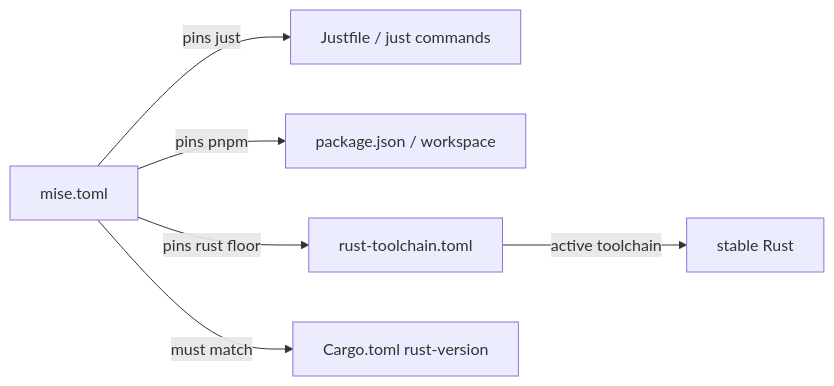
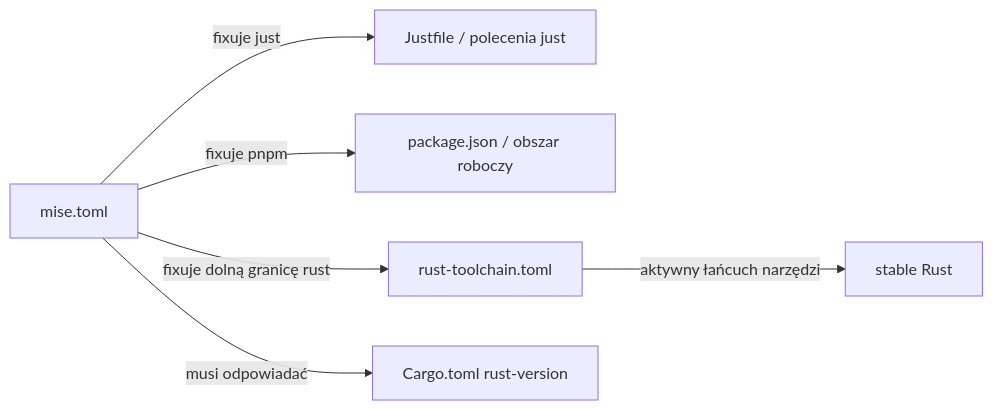
Before and after one commit to leszek3737/librefang-WIki: the diagram in root-mise-toml.md, drawn with Mermaid. The commit also changed other lines of this file and 104 other files, not shown here.

````diff
--- a/root-mise-toml.md
+++ b/root-mise-toml.md
@@ -38,8 +38,8 @@
 ```mermaid
 graph LR
-    A[mise.toml] -->|pins just| B[Justfile / just commands]
-    A -->|pins pnpm| C[package.json / workspace]
-    A -->|pins rust floor| D[rust-toolchain.toml]
-    D -->|active toolchain| E[stable Rust]
-    A -->|must match| F[Cargo.toml rust-version]
+    A[mise.toml] -->|fixuje just| B[Justfile / polecenia just]
+    A -->|fixuje pnpm| C[package.json / obszar roboczy]
+    A -->|fixuje dolną granicę rust| D[rust-toolchain.toml]
+    D -->|aktywny łańcuch narzędzi| E[stable Rust]
+    A -->|musi odpowiadać| F[Cargo.toml rust-version]
 ```
````
